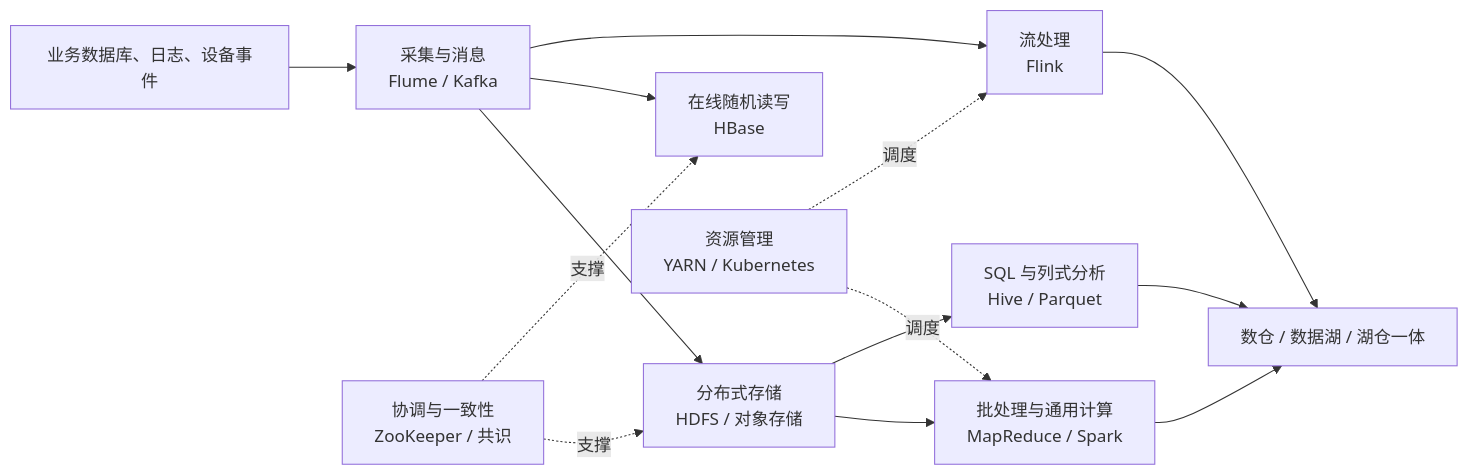
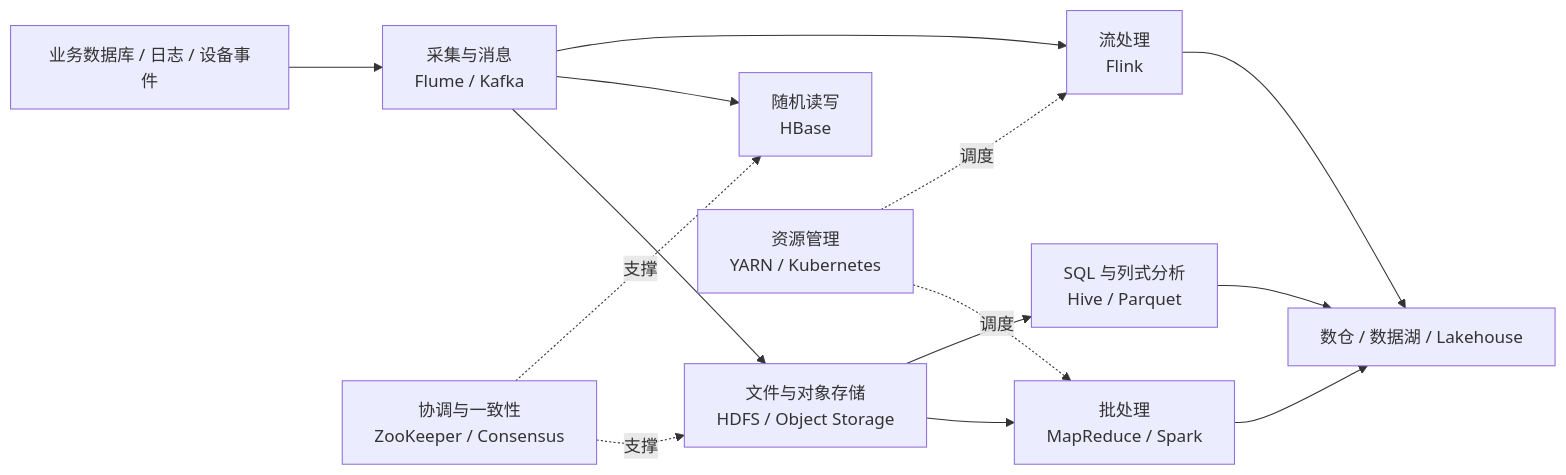
One commit to chillcharlie357/LLM-Wiki changed the first of 2 diagrams in wiki/大数据/大数据.md. Above: the diagram before and after it, drawn with Mermaid. The commit also changed other lines of this file and 10 other files, not shown here.

````diff
--- a/wiki/大数据/大数据.md
+++ b/wiki/大数据/大数据.md
@@ -63,16 +49,16 @@
 ```mermaid
 flowchart LR
-    S[业务数据库、日志、设备事件] --> C[采集与消息<br/>Flume / Kafka]
-    C --> FS[分布式存储<br/>HDFS / 对象存储]
-    C --> KV[在线随机读写<br/>HBase]
-    FS --> B[批处理与通用计算<br/>MapReduce / Spark]
+    S[业务数据库 / 日志 / 设备事件] --> C[采集与消息<br/>Flume / Kafka]
+    C --> FS[文件与对象存储<br/>HDFS / Object Storage]
+    C --> KV[随机读写<br/>HBase]
+    FS --> B[批处理<br/>MapReduce / Spark]
     C --> F[流处理<br/>Flink]
     FS --> Q[SQL 与列式分析<br/>Hive / Parquet]
-    B --> W[数仓 / 数据湖 / 湖仓一体]
-    F --> W
-    Q --> W
-    Z[协调与一致性<br/>ZooKeeper / 共识] -.支撑.-> FS
+    B --> L[数仓 / 数据湖 / Lakehouse]
+    F --> L
+    Q --> L
+    Z[协调与一致性<br/>ZooKeeper / Consensus] -.支撑.-> FS
     Z -.支撑.-> KV
     R[资源管理<br/>YARN / Kubernetes] -.调度.-> B
     R -.调度.-> F
 ```
````
